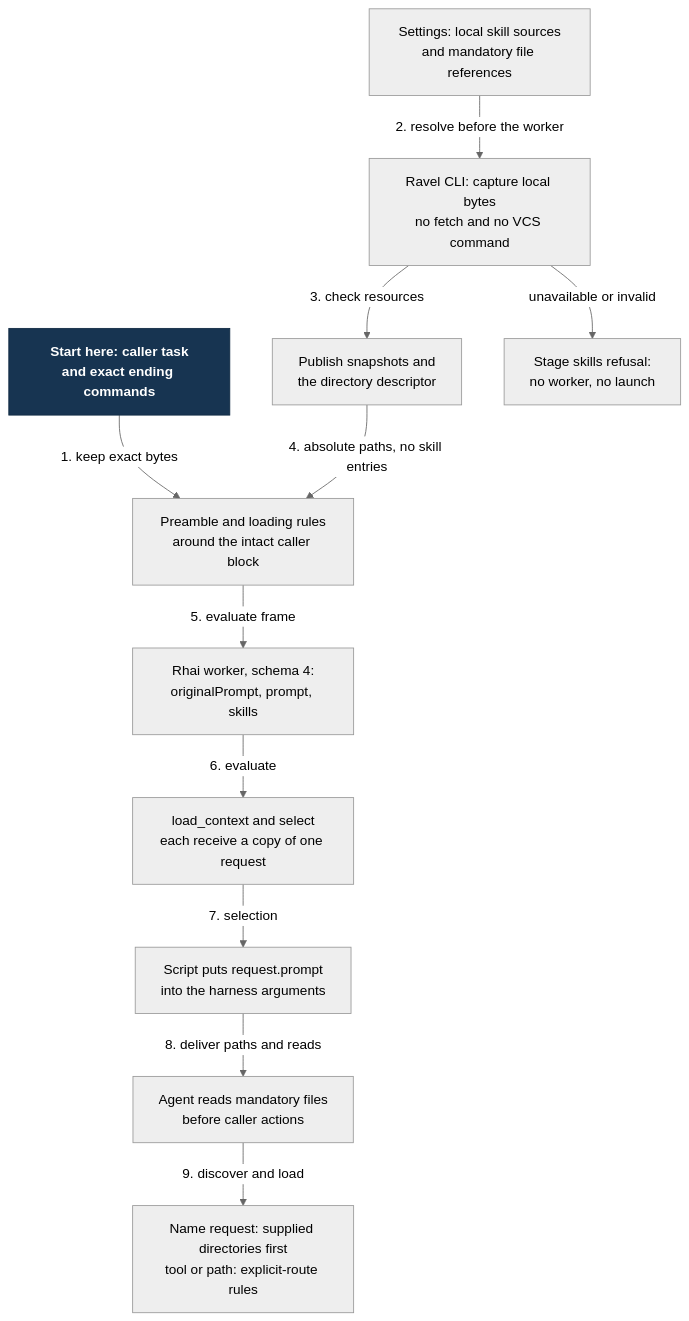
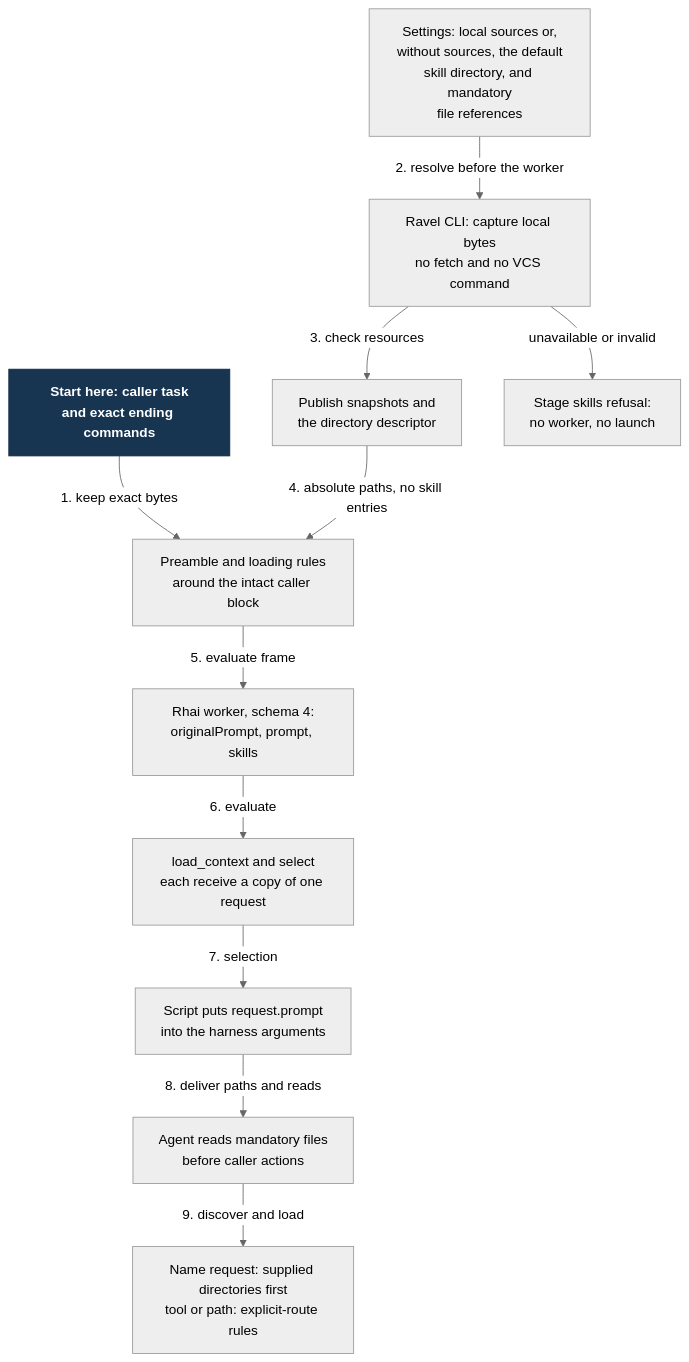
The diagram in docs/design/skill-discovery/preparation.mmd (Linkuistics/Ravel), drawn with Mermaid (neutral theme) before and after one commit. The commit also changed 9 other files, not shown here.

First line of the commit message:
Design the default skill directory of Ravel 2.0.0 (ravel-default-skill-directory-k218)

```diff
--- a/docs/design/skill-discovery/preparation.mmd
+++ b/docs/design/skill-discovery/preparation.mmd
@@ -1,23 +1,23 @@
 flowchart TD
   caller["Start here: caller task<br/>and exact ending commands"]:::start
-  settings["Settings: local skill sources<br/>and mandatory file references"]
+  settings["Settings: local sources or,<br/>without sources, the default<br/>skill directory, and mandatory<br/>file references"]
   resolve["Ravel CLI: capture local bytes<br/>no fetch and no VCS command"]
   publish["Publish snapshots and<br/>the directory descriptor"]
   refusal["Stage skills refusal:<br/>no worker, no launch"]
   prepare["Preamble and loading rules<br/>around the intact caller block"]
   worker["Rhai worker, schema 4:<br/>originalPrompt, prompt, skills"]
   select["load_context and select<br/>each receive a copy of one request"]
   launch["Script puts request.prompt<br/>into the harness arguments"]
   agent["Agent reads mandatory files<br/>before caller actions"]
   names["Name request: supplied directories first<br/>tool or path: explicit-route rules"]
   caller -->|1. keep exact bytes| prepare
   settings -->|2. resolve before the worker| resolve
   resolve -->|3. check resources| publish
   resolve -->|unavailable or invalid| refusal
   publish -->|4. absolute paths, no skill entries| prepare
   prepare -->|5. evaluate frame| worker
   worker -->|6. evaluate| select
   select -->|7. selection| launch
   launch -->|8. deliver paths and reads| agent
   agent -->|9. discover and load| names
   classDef start fill:#173451,color:#fff,stroke:#102a43,font-weight:bold
```
